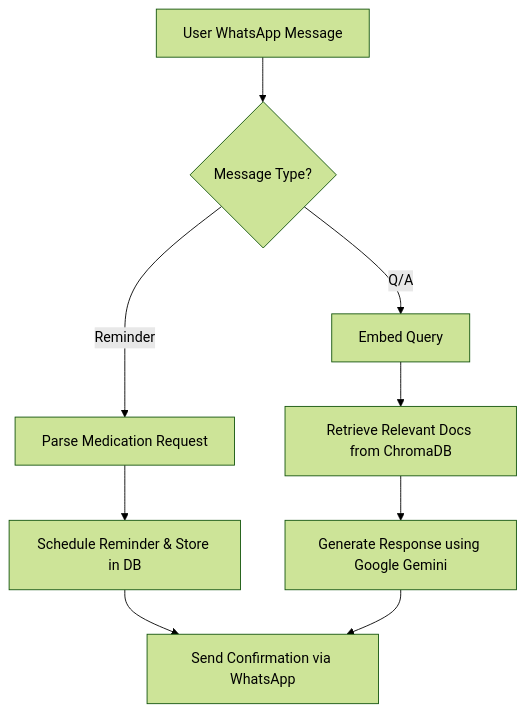
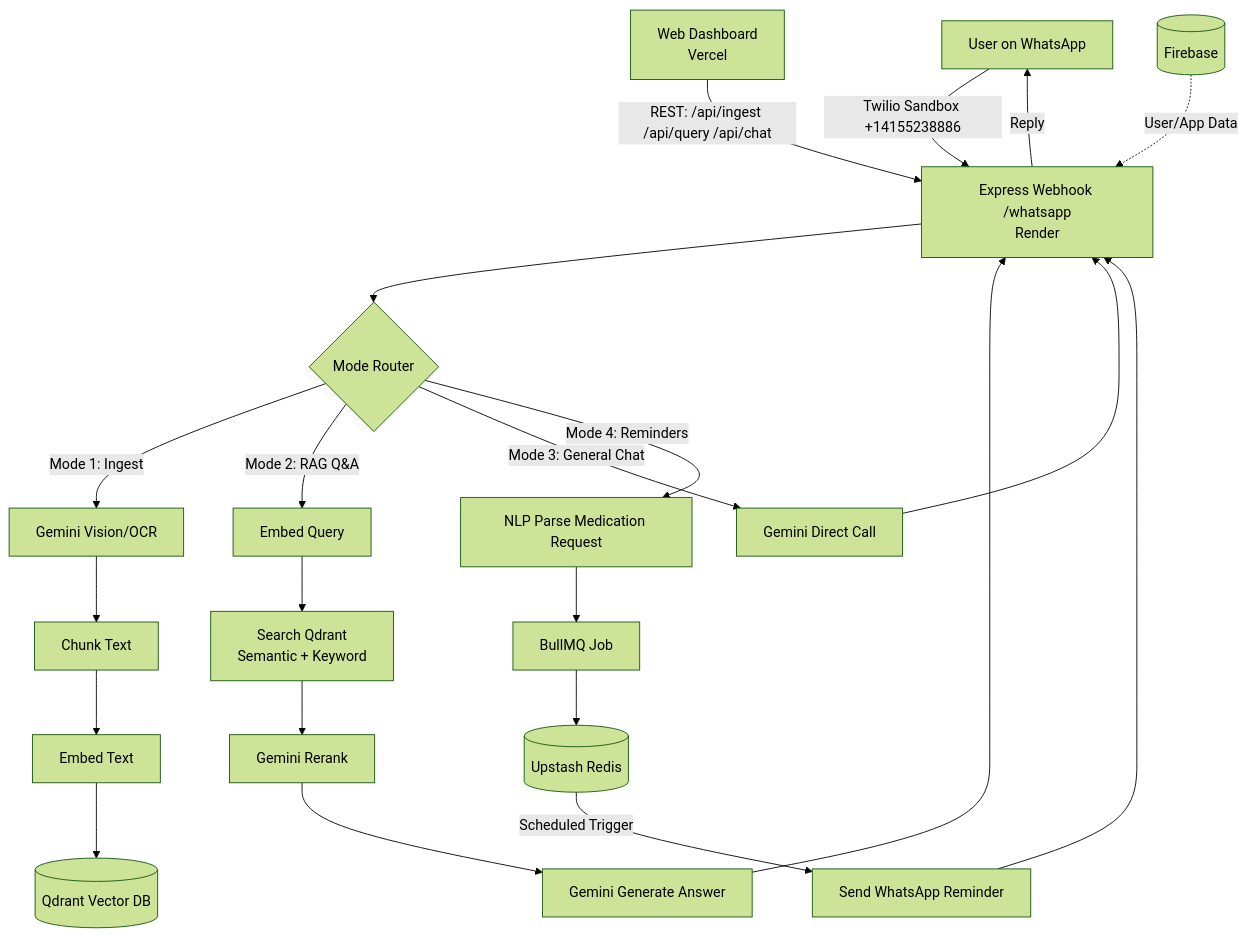
One commit to umamanipraharshitha/Whatsapp_ai_extended-version changed the first of 3 diagrams in README.md. Above: the diagram before and after it, drawn with Mermaid (forest theme). The commit also changed other lines of this file, not shown here.

````diff
--- a/README.md
+++ b/README.md
@@ -33,11 +46,31 @@
 ```mermaid
 flowchart TD
-    A[User WhatsApp Message] --> B{Message Type?}
-    B -->|Reminder| C[Parse Medication Request]
-    C --> D[Schedule Reminder & Store in DB]
-    D --> E[Send Confirmation via WhatsApp]
-    B -->|Q/A| F[Embed Query]
-    F --> G[Retrieve Relevant Docs from ChromaDB]
-    G --> H[Generate Response using Google Gemini]
-    H --> E
+    A[User on WhatsApp] -->|Twilio Sandbox +14155238886| B[Express Webhook /whatsapp<br/>Render]
+    F[Web Dashboard<br/>Vercel] -->|REST: /api/ingest /api/query /api/chat| B
+
+    B --> C{Mode Router}
+
+    C -->|Mode 1: Ingest| D1[Gemini Vision/OCR]
+    D1 --> D2[Chunk Text]
+    D2 --> D3[Embed Text]
+    D3 --> D4[(Qdrant Vector DB)]
+
+    C -->|Mode 2: RAG Q&A| E1[Embed Query]
+    E1 --> E2[Search Qdrant<br/>Semantic + Keyword]
+    E2 --> E3[Gemini Rerank]
+    E3 --> E4[Gemini Generate Answer]
+    E4 --> B
+
+    C -->|Mode 3: General Chat| G1[Gemini Direct Call]
+    G1 --> B
+
+    C -->|Mode 4: Reminders| H1[NLP Parse Medication Request]
+    H1 --> H2[BullMQ Job]
+    H2 --> H3[(Upstash Redis)]
+    H3 -->|Scheduled Trigger| H4[Send WhatsApp Reminder]
+    H4 --> B
+
+    B -->|Reply| A
+
+    I[(Firebase)] -.->|User/App Data| B
 ```
````
